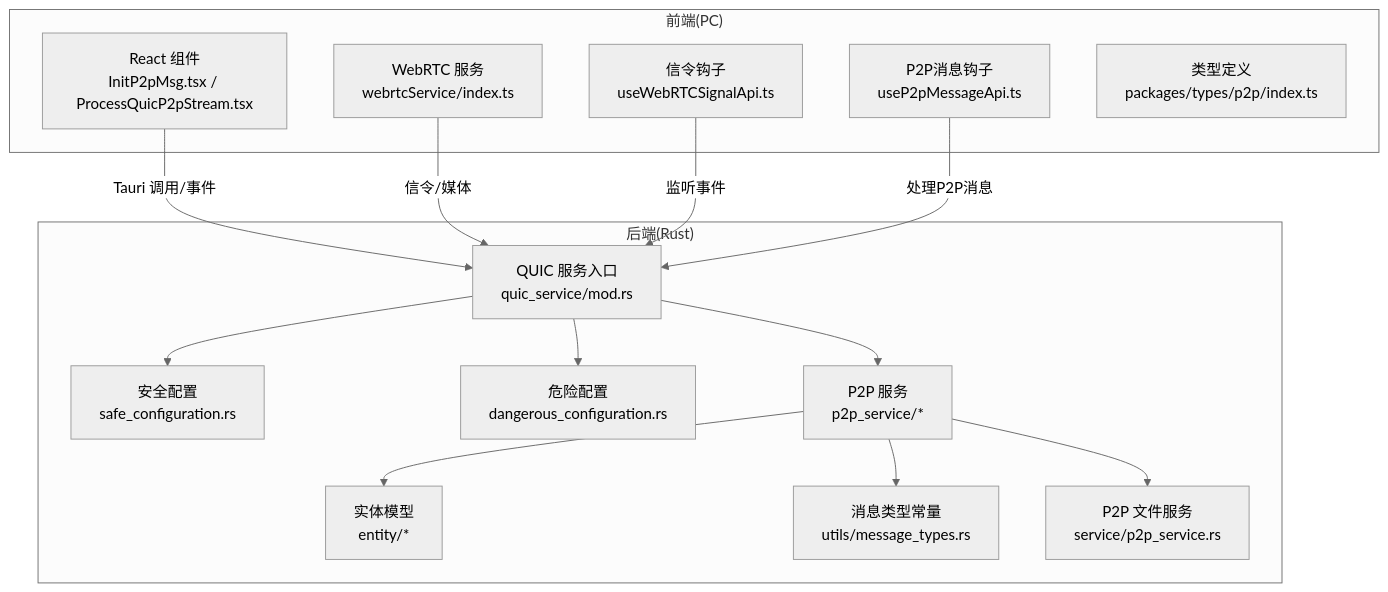
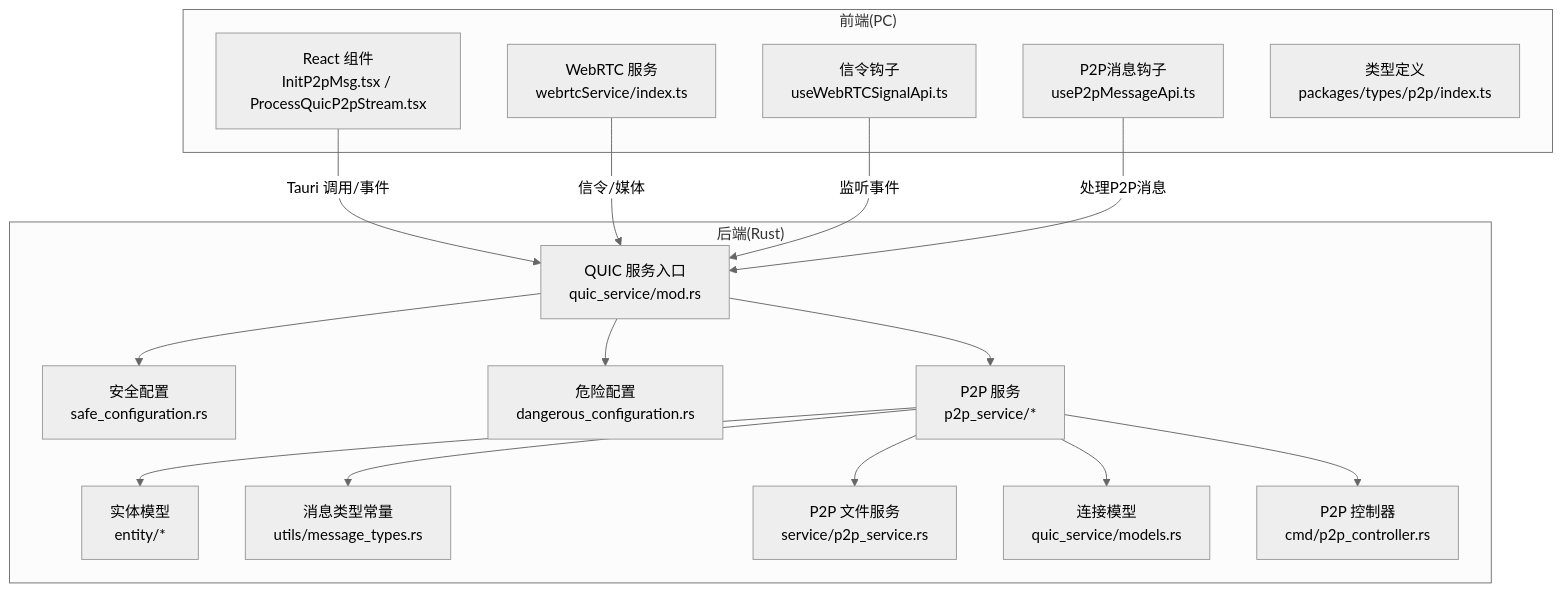
One commit to nicolastinger/only-talk-app changed the first of 13 diagrams in .qoder/repowiki/zh/content/网络通信/网络通信.md. Above: the diagram before and after it, drawn with Mermaid (neutral theme). The commit also changed other lines of this file and 17 other files, not shown here.

````diff
--- a/.qoder/repowiki/zh/content/网络通信/网络通信.md
+++ b/.qoder/repowiki/zh/content/网络通信/网络通信.md
@@ -59,29 +65,33 @@
 ```mermaid
 graph TB
 subgraph "前端(PC)"
 A["React 组件<br/>InitP2pMsg.tsx / ProcessQuicP2pStream.tsx"]
 B["WebRTC 服务<br/>webrtcService/index.ts"]
 C["信令钩子<br/>useWebRTCSignalApi.ts"]
 D["P2P消息钩子<br/>useP2pMessageApi.ts"]
 E["类型定义<br/>packages/types/p2p/index.ts"]
 end
 subgraph "后端(Rust)"
 F["QUIC 服务入口<br/>quic_service/mod.rs"]
 G["安全配置<br/>safe_configuration.rs"]
 H["危险配置<br/>dangerous_configuration.rs"]
 I["P2P 服务<br/>p2p_service/*"]
 J["实体模型<br/>entity/*"]
 K["消息类型常量<br/>utils/message_types.rs"]
 L["P2P 文件服务<br/>service/p2p_service.rs"]
+M["连接模型<br/>quic_service/models.rs"]
+N["P2P 控制器<br/>cmd/p2p_controller.rs"]
 end
 A --> |Tauri 调用/事件| F
 B --> |信令/媒体| F
 C --> |监听事件| F
 D --> |处理P2P消息| F
 F --> G
 F --> H
 F --> I
 I --> J
 I --> K
 I --> L
+I --> M
+I --> N
 ```
````
